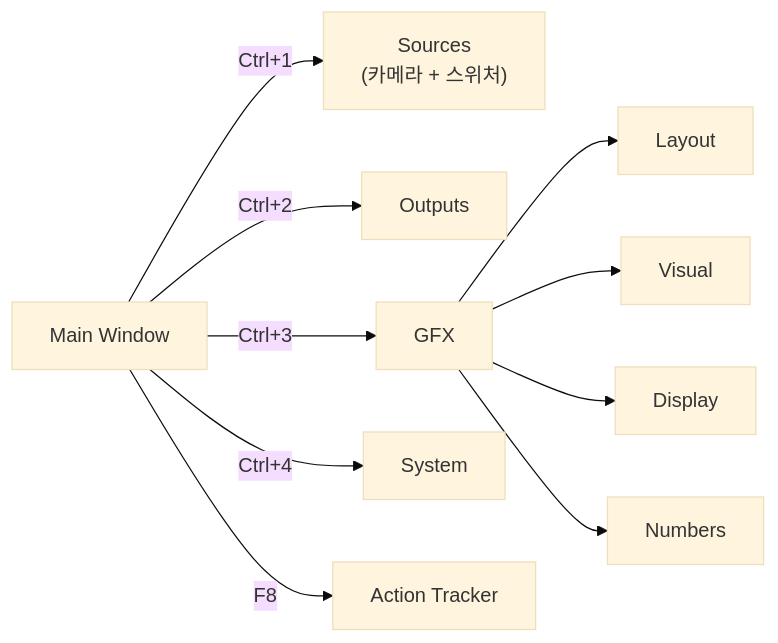
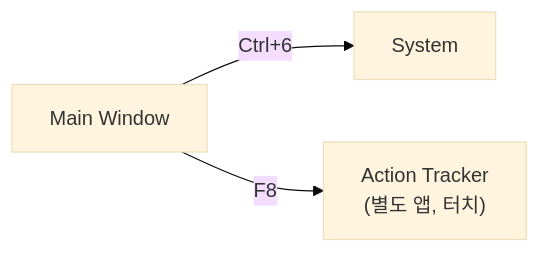
Before and after one commit to garimto81/ebs: the tenth of 13 diagrams in docs/01_PokerGFX_Analysis/PRD-0004-EBS-Server-UI-Design.md, drawn with Mermaid (base theme). The commit also changed other lines of this file, not shown here.

First line of the commit message:
docs(prd-0004): PokerGFX 소스 순서 전면 재설계 v19.3.0 📝

````diff
--- a/docs/01_PokerGFX_Analysis/PRD-0004-EBS-Server-UI-Design.md
+++ b/docs/01_PokerGFX_Analysis/PRD-0004-EBS-Server-UI-Design.md
@@ -728,9 +994,5 @@
 ```mermaid
 flowchart LR
-    MW["Main Window"] -->|"Ctrl+1"| SRC["Sources<br/>(카메라 + 스위처)"]
-    MW -->|"Ctrl+2"| OUT["Outputs"]
-    MW -->|"Ctrl+3"| GFX["GFX"]
-    GFX --> LAY["Layout"] & VIS["Visual"] & DIS["Display"] & NUM["Numbers"]
-    MW -->|"Ctrl+4"| SYS["System"]
-    MW -->|"F8"| AT["Action Tracker"]
+    MW["Main Window"] -->|"Ctrl+6"| SYS["System"]
+    MW -->|"F8"| AT["Action Tracker<br/>(별도 앱, 터치)"]
 ```
````
